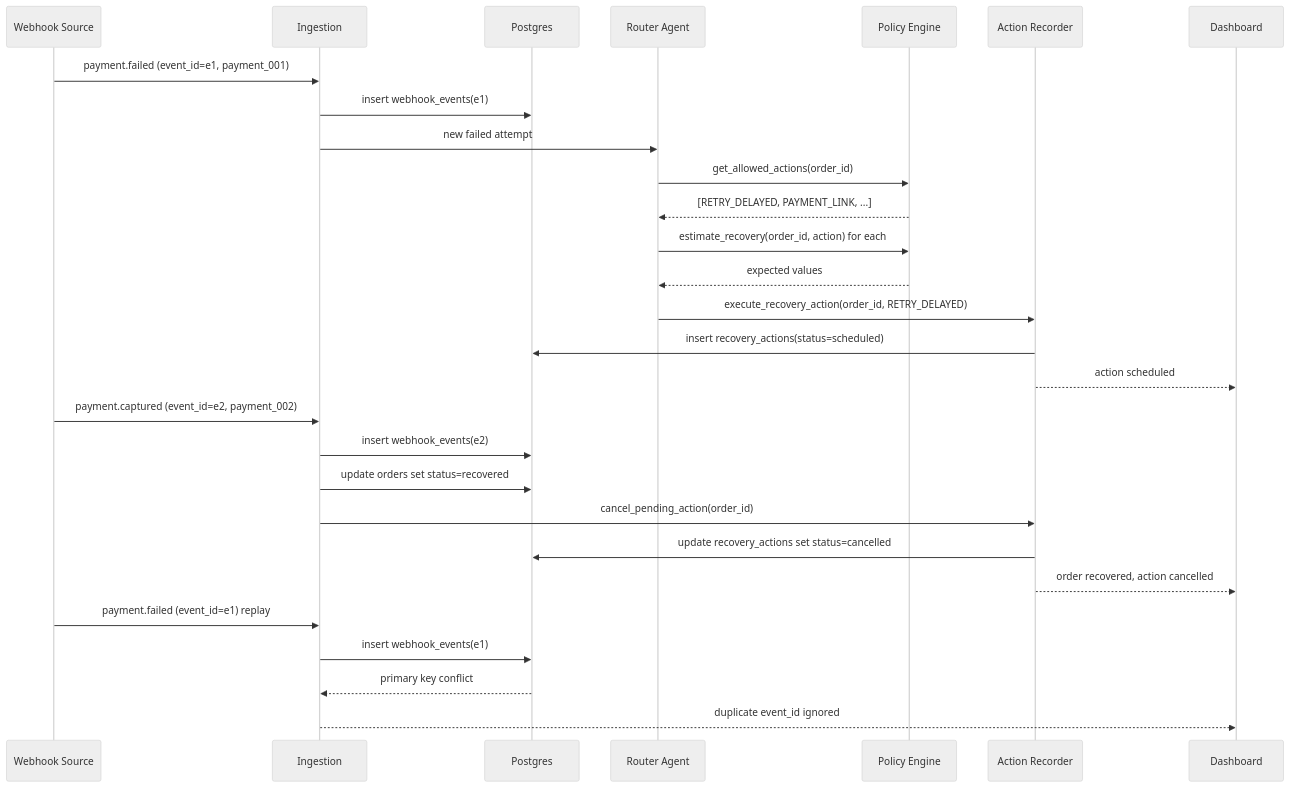
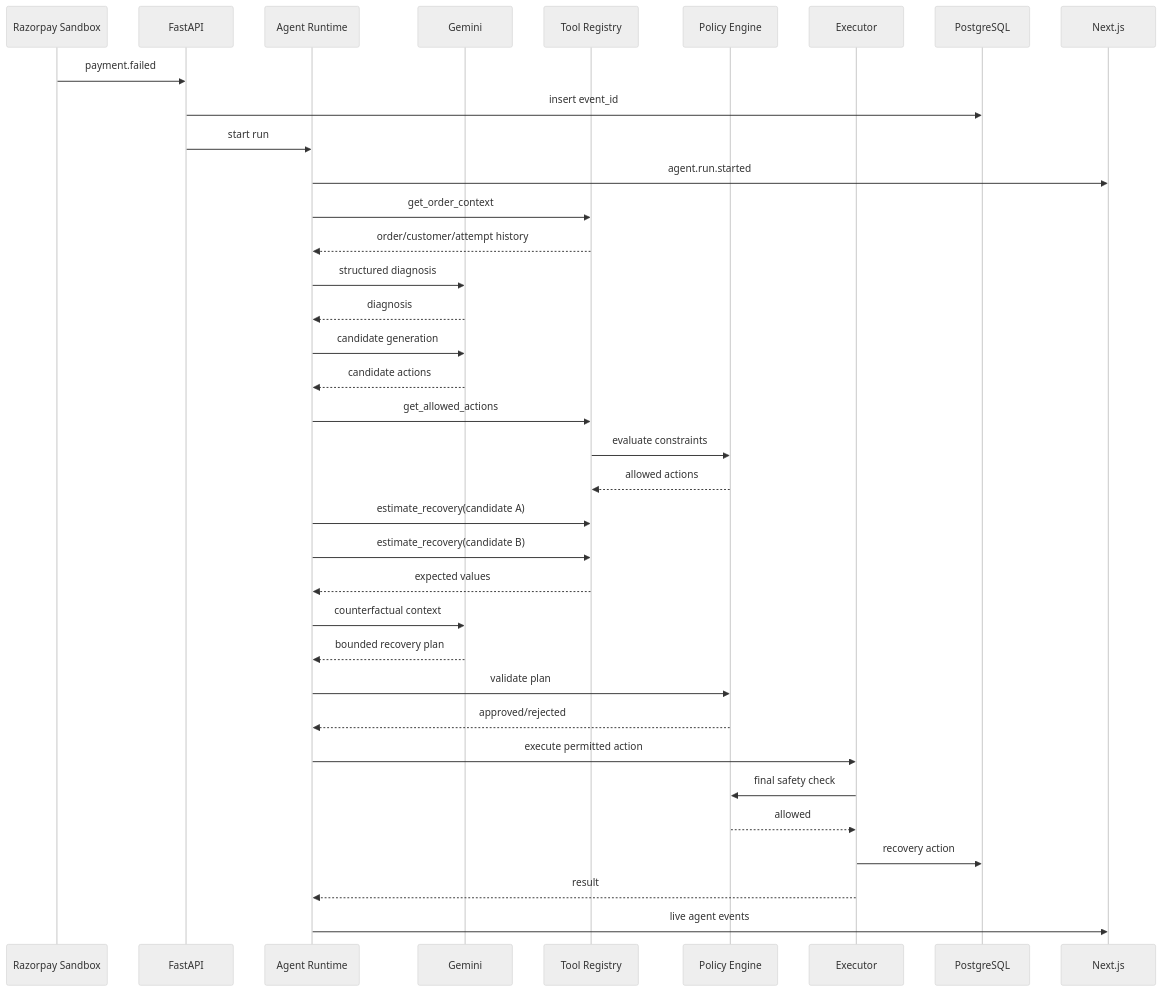
The seventh of 13 diagrams in docs/reclaim-system-design.md (arsh342/reclaim), drawn with Mermaid (neutral theme) before and after one commit. The commit also changed other lines of this file and 105 other files, not shown here.

Commit message:
Restructure Reclaim runtime and dashboard

````diff
--- a/docs/reclaim-system-design.md
+++ b/docs/reclaim-system-design.md
@@ -175,33 +290,39 @@
 ```mermaid
 sequenceDiagram
-    participant RZP as Webhook Source
-    participant ING as Ingestion
-    participant DB as Postgres
-    participant AGENT as Router Agent
+    participant RZP as Razorpay Sandbox
+    participant API as FastAPI
+    participant RT as Agent Runtime
+    participant GEM as Gemini
+    participant T as Tool Registry
     participant POL as Policy Engine
-    participant EXE as Action Recorder
-    participant UI as Dashboard
+    participant EXE as Executor
+    participant DB as PostgreSQL
+    participant UI as Next.js
 
-    RZP->>ING: payment.failed (event_id=e1, payment_001)
-    ING->>DB: insert webhook_events(e1)
-    ING->>AGENT: new failed attempt
-    AGENT->>POL: get_allowed_actions(order_id)
-    POL-->>AGENT: [RETRY_DELAYED, PAYMENT_LINK, ...]
-    AGENT->>POL: estimate_recovery(order_id, action) for each
-    POL-->>AGENT: expected values
-    AGENT->>EXE: execute_recovery_action(order_id, RETRY_DELAYED)
-    EXE->>DB: insert recovery_actions(status=scheduled)
-    EXE-->>UI: action scheduled
-
-    RZP->>ING: payment.captured (event_id=e2, payment_002)
-    ING->>DB: insert webhook_events(e2)
-    ING->>DB: update orders set status=recovered
-    ING->>EXE: cancel_pending_action(order_id)
-    EXE->>DB: update recovery_actions set status=cancelled
-    EXE-->>UI: order recovered, action cancelled
-
-    RZP->>ING: payment.failed (event_id=e1) replay
-    ING->>DB: insert webhook_events(e1)
-    DB-->>ING: primary key conflict
-    ING-->>UI: duplicate event_id ignored
+    RZP->>API: payment.failed
+    API->>DB: insert event_id
+    API->>RT: start run
+    RT->>UI: agent.run.started
+    RT->>T: get_order_context
+    T-->>RT: order/customer/attempt history
+    RT->>GEM: structured diagnosis
+    GEM-->>RT: diagnosis
+    RT->>GEM: candidate generation
+    GEM-->>RT: candidate actions
+    RT->>T: get_allowed_actions
+    T->>POL: evaluate constraints
+    POL-->>T: allowed actions
+    RT->>T: estimate_recovery(candidate A)
+    RT->>T: estimate_recovery(candidate B)
+    T-->>RT: expected values
+    RT->>GEM: counterfactual context
+    GEM-->>RT: bounded recovery plan
+    RT->>POL: validate plan
+    POL-->>RT: approved/rejected
+    RT->>EXE: execute permitted action
+    EXE->>POL: final safety check
+    POL-->>EXE: allowed
+    EXE->>DB: recovery action
+    EXE-->>RT: result
+    RT->>UI: live agent events
 ```
````
